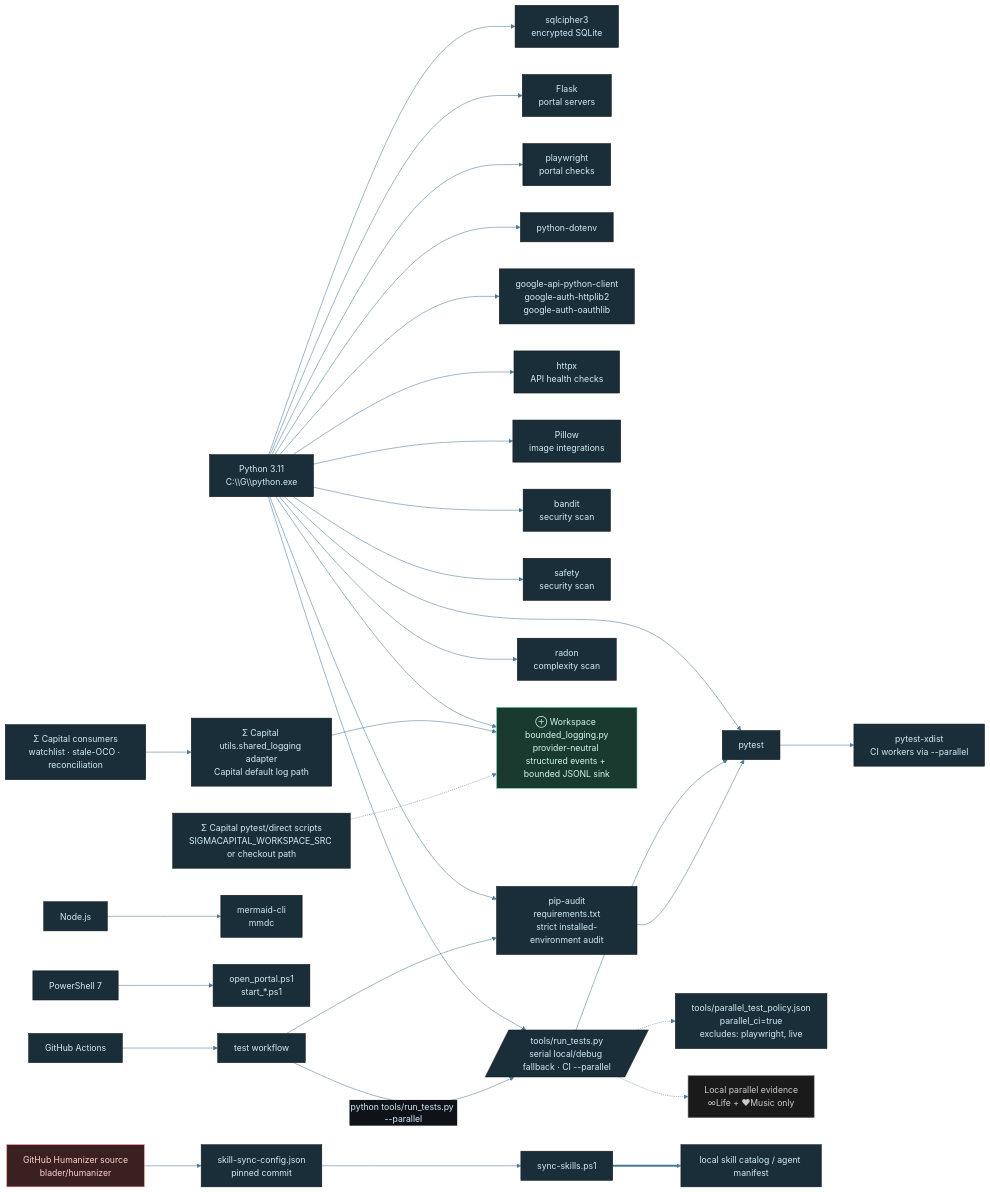
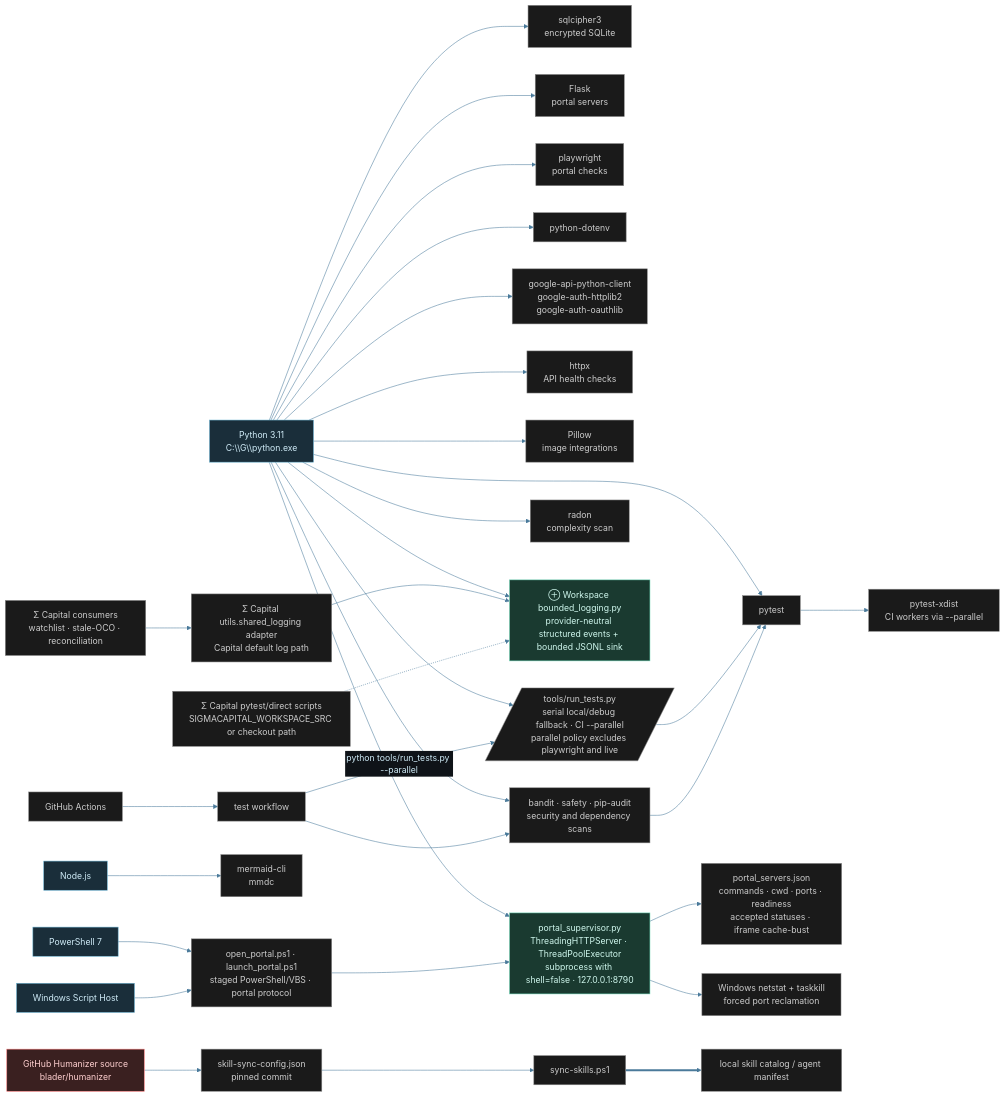
One commit to tylerdrakemusic/-Workspace changed the diagram in diagrams/workspace-tech-stack.mmd. Above: the diagram before and after it, drawn with Mermaid. The commit also changed 3 other files, not shown here.

Commit message:
docs: document resident portal supervisor architecture

```diff
--- a/diagrams/workspace-tech-stack.mmd
+++ b/diagrams/workspace-tech-stack.mmd
@@ -1,47 +1,50 @@
 %%{init: {'theme': 'base', 'themeVariables': {'primaryColor': '#1a2e3a', 'primaryTextColor': '#d0ecf8', 'edgeLabelBackground': '#0f1318', 'lineColor': '#4a7a9a'}}}%%
 graph LR
     Python[Python 3.11<br/>C:\\G\\python.exe] --> SQLCipher[sqlcipher3<br/>encrypted SQLite]
     Python --> Pytest[pytest]
     Python --> Flask[Flask<br/>portal servers]
     Python --> Playwright[playwright<br/>portal checks]
     Python --> Dotenv[python-dotenv]
     Python --> GoogleAPI[google-api-python-client<br/>google-auth-httplib2<br/>google-auth-oauthlib]
     Python --> Httpx[httpx<br/>API health checks]
     Python --> Pillow[Pillow<br/>image integrations]
-    Python --> Bandit[bandit<br/>security scan]
-    Python --> Safety[safety<br/>security scan]
-    Python --> PipAudit[pip-audit<br/>requirements.txt<br/>strict installed-environment audit]
+    Python --> SecurityTools[bandit · safety · pip-audit<br/>security and dependency scans]
     Python --> Radon[radon<br/>complexity scan]
     Python --> BoundedLogging[⊕ Workspace bounded_logging.py<br/>provider-neutral structured events + bounded JSONL sink]
+    Python --> Supervisor[portal_supervisor.py<br/>ThreadingHTTPServer · ThreadPoolExecutor<br/>subprocess with shell=false · 127.0.0.1:8790]
+    Supervisor --> ServiceConfig[portal_servers.json<br/>commands · cwd · ports · readiness<br/>accepted statuses · iframe cache-bust]
+    Supervisor --> WindowsProcess[Windows netstat + taskkill<br/>forced port reclamation]
+    ThinShims[open_portal.ps1 · launch_portal.ps1<br/>staged PowerShell/VBS · portal protocol] --> Supervisor
+    PowerShell[PowerShell 7] --> ThinShims
+    WindowsScript[Windows Script Host] --> ThinShims
     CapitalLoggingConsumers[Σ Capital consumers<br/>watchlist · stale-OCO · reconciliation] --> CapitalLoggingAdapter[Σ Capital utils.shared_logging adapter<br/>Capital default log path]
     CapitalLoggingAdapter --> BoundedLogging
     CapitalLoggingBootstrap[Σ Capital pytest/direct scripts<br/>SIGMACAPITAL_WORKSPACE_SRC or checkout path] -.-> BoundedLogging
-    Python --> TestRunner[/tools/run_tests.py<br/>serial local/debug fallback · CI --parallel/]
+    Python --> TestRunner[/tools/run_tests.py<br/>serial local/debug fallback · CI --parallel<br/>parallel policy excludes playwright and live/]
     TestRunner --> Pytest
-    TestRunner -.-> TestPolicy[tools/parallel_test_policy.json<br/>parallel_ci=true<br/>excludes: playwright, live]
     Pytest --> Xdist[pytest-xdist<br/>CI workers via --parallel]
-    TestRunner -.-> ParallelEvidence[Local parallel evidence<br/>∞Life + ❤Music only]
     Node[Node.js] --> Mmdc[mermaid-cli<br/>mmdc]
-    PowerShell[PowerShell 7] --> LaunchScripts[open_portal.ps1<br/>start_*.ps1]
     GitHub[GitHub Actions] --> CI_Tests[test workflow]
-    CI_Tests --> PipAudit --> Pytest
+    CI_Tests --> SecurityTools --> Pytest
     CI_Tests -->|"python tools/run_tests.py --parallel"| TestRunner
     HumanizerSource[GitHub Humanizer source<br/>blader/humanizer] --> SkillSyncConfig[skill-sync-config.json<br/>pinned commit]
     SkillSyncConfig --> SkillSyncScript[sync-skills.ps1]
     SkillSyncScript ==> LocalSkillCatalog[local skill catalog / agent manifest]
-    class Python,Node,PowerShell lang
-    class BoundedLogging ws
+    class Python,Node,PowerShell,WindowsScript lang
+    class Supervisor,BoundedLogging ws
     class CapitalLoggingAdapter,CapitalLoggingConsumers,CapitalLoggingBootstrap tool
-    class SQLCipher,Pytest,TestRunner,TestPolicy,Xdist,Flask,Playwright,Dotenv,Mmdc,LaunchScripts,GitHub,CI_Tests,GoogleAPI,Httpx,Pillow,Bandit,Safety,PipAudit,Radon,SkillSyncConfig,SkillSyncScript,LocalSkillCatalog tool
-    class ParallelEvidence state
+    class SQLCipher,Pytest,TestRunner,Xdist,Flask,Playwright,Dotenv,Mmdc,ThinShims,ServiceConfig,WindowsProcess,GitHub,CI_Tests,GoogleAPI,Httpx,Pillow,SecurityTools,Radon,SkillSyncConfig,SkillSyncScript,LocalSkillCatalog tool
     class HumanizerSource ext
 
 classDef life     fill:#1a2e3a,stroke:#6ab4d4,color:#d0ecf8
 classDef music    fill:#3a1a24,stroke:#d47a8f,color:#f8d0dc
 classDef quantum  fill:#251a3a,stroke:#a07adf,color:#e8d0f8
 classDef manifest fill:#3a2e1a,stroke:#d4a96a,color:#f8ead0
 classDef ws       fill:#1a3a30,stroke:#6ad4b4,color:#d0f8ee
 classDef tyler    fill:#2a1a3a,stroke:#9e4aff,color:#fff
+classDef orch     fill:#1a3a52,stroke:#4a9eff,color:#fff
 classDef ext      fill:#3a2020,stroke:#ff7a7a,color:#ffd0d0
 classDef db       fill:#3a3010,stroke:#d4c050,color:#f8f0c0
 classDef state    fill:#1a1a1a,stroke:#888888,color:#cccccc
+classDef lang     fill:#1a2e3a,stroke:#6ab4d4,color:#d0ecf8
+classDef tool     fill:#1a1a1a,stroke:#888888,color:#cccccc
```
